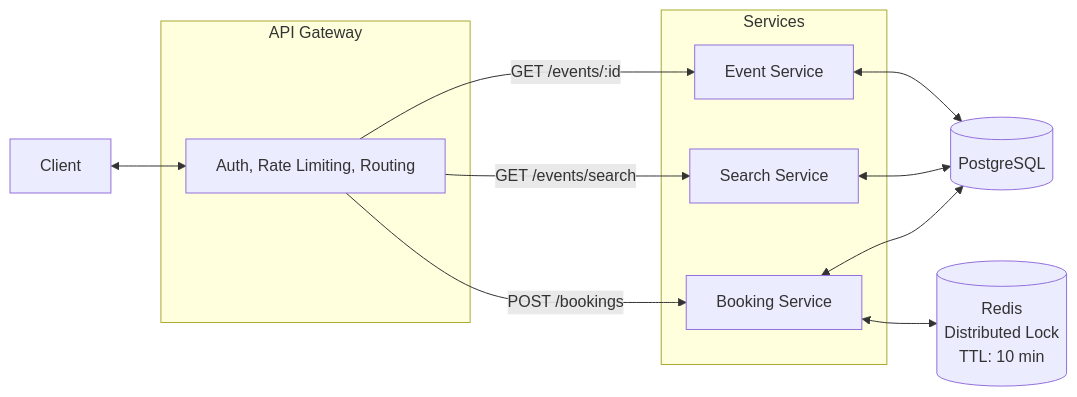
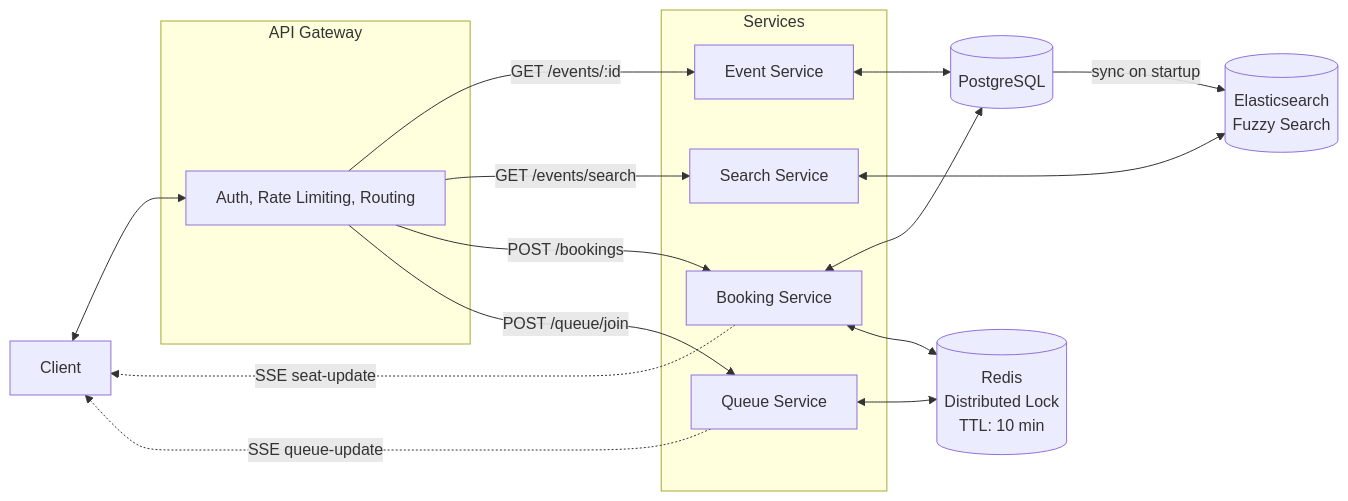
Before and after one commit to dev-ayush101/ticketmaster: the diagram in README.md, drawn with Mermaid. The commit also changed other lines of this file, not shown here.

Commit message:
Updated Readme with elasticsearch, sse, and virtual queue docs

````diff
--- a/README.md
+++ b/README.md
@@ -161,23 +180,29 @@
 ```mermaid
 flowchart LR
     C[Client] <--> AG
 
     subgraph GW["API Gateway"]
         AG["Auth, Rate Limiting, Routing"]
     end
 
     subgraph Services
         ES["Event Service"]
         SS["Search Service"]
         BS["Booking Service"]
+        QS["Queue Service"]
     end
 
     AG -->|"GET /events/:id"| ES
     AG -->|"GET /events/search"| SS
     AG -->|"POST /bookings"| BS
+    AG -->|"POST /queue/join"| QS
 
     ES <--> DB[(PostgreSQL)]
-    SS <--> DB
+    SS <--> Search[("Elasticsearch\nFuzzy Search")]
     BS <--> DB
     BS <--> Redis[("Redis\nDistributed Lock\nTTL: 10 min")]
+    QS <--> Redis
+    BS -.->|"SSE seat-update"| C
+    QS -.->|"SSE queue-update"| C
+    DB -->|"sync on startup"| Search
 ```
````
